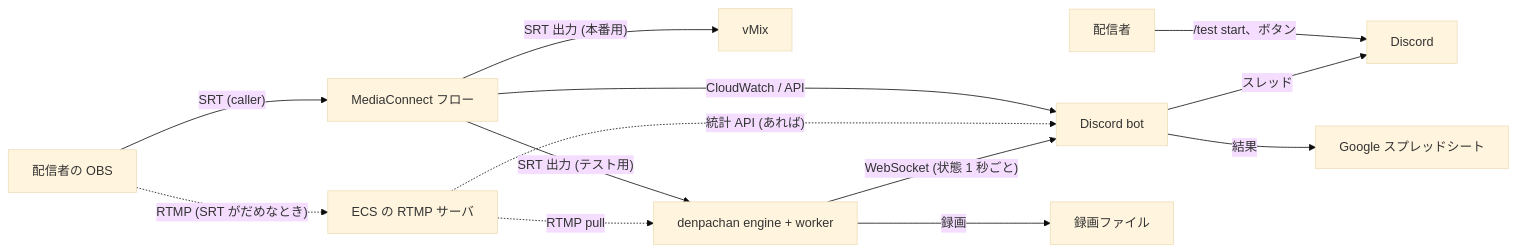
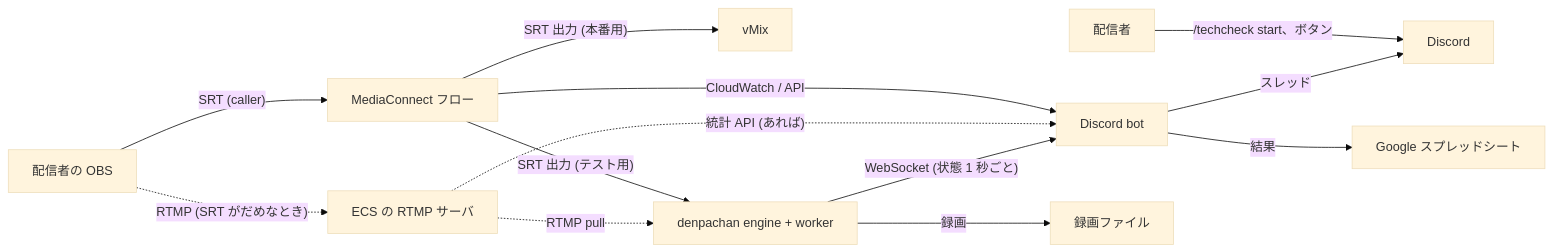
The diagram in docs/stream-test-automation.md (RTAinJapan/denpachan), drawn with Mermaid (base theme) before and after one commit. The commit also changed other lines of this file, not shown here.

First line of the commit message:
Design: name the slash command /techcheck

````diff
--- a/docs/stream-test-automation.md
+++ b/docs/stream-test-automation.md
@@ -39,15 +39,15 @@
 ```mermaid
 flowchart LR
     S[配信者の OBS] -- "SRT (caller)" --> M[MediaConnect フロー]
     S -. "RTMP (SRT がだめなとき)" .-> T[ECS の RTMP サーバ]
     M -- "SRT 出力 (本番用)" --> V[vMix]
     M -- "SRT 出力 (テスト用)" --> E[denpachan engine + worker]
     T -. "RTMP pull" .-> E
     M -- "CloudWatch / API" --> B[Discord bot]
     T -. "統計 API (あれば)" .-> B
     E -- "WebSocket (状態 1 秒ごと)" --> B
-    P[配信者] -- "/test start、ボタン" --> D[Discord]
+    P[配信者] -- "/techcheck start、ボタン" --> D[Discord]
     B -- スレッド --> D
     B -- 結果 --> G[Google スプレッドシート]
     E -- 録画 --> R[録画ファイル]
 ```
````
